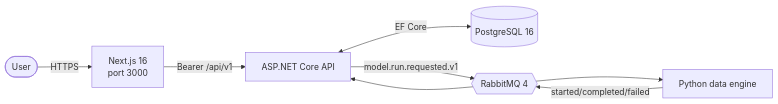
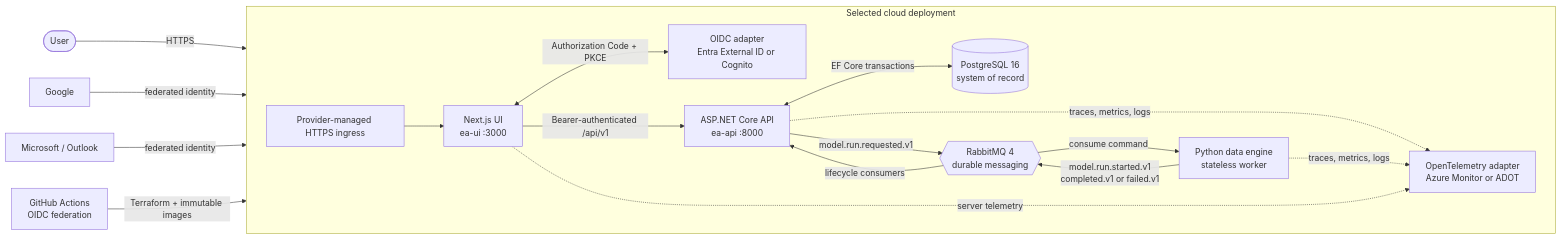
The diagram in README.md (awpala/enterprise-app), drawn with Mermaid before and after one commit. The commit also changed other lines of this file and 91 other files, not shown here.

Commit message:
docs: document multi-cloud architecture, local workflows, and source contracts; hardened model-run execution and process logging

````diff
--- a/README.md
+++ b/README.md
@@ -7,10 +9,35 @@
 ```mermaid
 flowchart LR
-    user([User]) -->|HTTPS| ui[Next.js 16<br/>port 3000]
-    ui -->|Bearer /api/v1| api[ASP.NET Core API]
-    api <-->|EF Core| db[(PostgreSQL 16)]
-    api -->|model.run.requested.v1| mq{{RabbitMQ 4}}
-    mq --> worker[Python data engine]
-    worker -->|started/completed/failed| mq
-    mq --> api
+    person([User])
+    google[Google]
+    microsoft[Microsoft / Outlook]
+
+    subgraph platform[Selected cloud deployment]
+        direction LR
+        identity[OIDC adapter<br/>Entra External ID or Cognito]
+        edge[Provider-managed HTTPS ingress]
+        ui[Next.js UI<br/>ea-ui :3000]
+        api[ASP.NET Core API<br/>ea-api :8000]
+        db[(PostgreSQL 16<br/>system of record)]
+        broker{{RabbitMQ 4<br/>durable messaging}}
+        worker[Python data engine<br/>stateless worker]
+        telemetry[OpenTelemetry adapter<br/>Azure Monitor or ADOT]
+    end
+
+    person -->|HTTPS| edge
+    google -->|federated identity| identity
+    microsoft -->|federated identity| identity
+    ui <-->|Authorization Code + PKCE| identity
+    edge --> ui
+    ui -->|Bearer-authenticated /api/v1| api
+    api <-->|EF Core transactions| db
+    api -->|model.run.requested.v1| broker
+    broker -->|consume command| worker
+    worker -->|model.run.started.v1<br/>completed.v1 or failed.v1| broker
+    broker -->|lifecycle consumers| api
+    api -. traces, metrics, logs .-> telemetry
+    worker -. traces, metrics, logs .-> telemetry
+    ui -. server telemetry .-> telemetry
+
+    cicd[GitHub Actions<br/>OIDC federation] -->|Terraform + immutable images| platform
 ```
````
